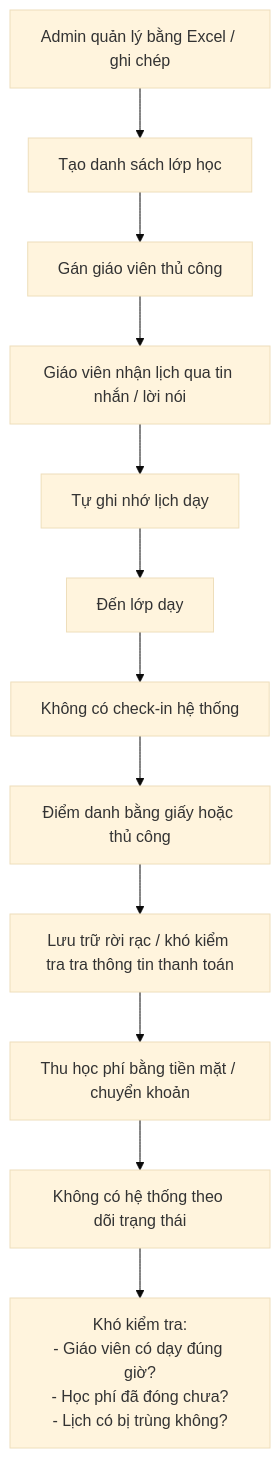
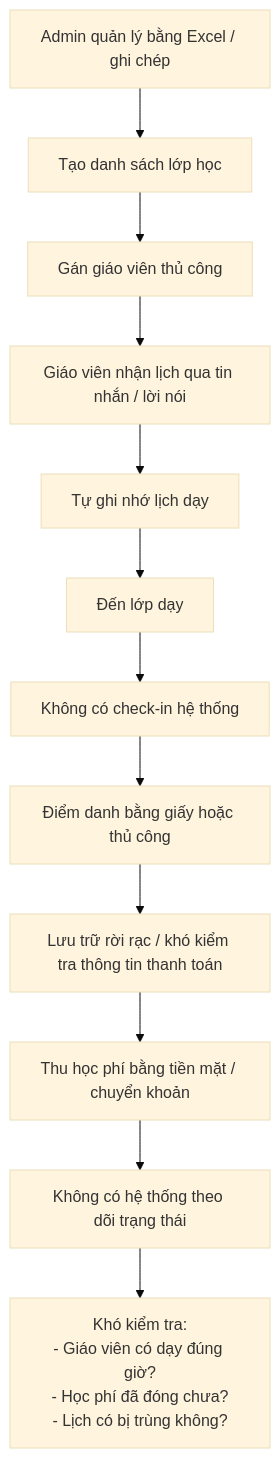
One commit to nguyenkhanhpro/tutoro changed the first of 2 diagrams in docx/BRD.md. Above: the diagram before and after it, drawn with Mermaid (base theme). The commit also changed other lines of this file, not shown here.

````diff
--- a/docx/BRD.md
+++ b/docx/BRD.md
@@ -98,14 +98,14 @@
 ```mermaid
 flowchart TD
     A["Admin quản lý bằng Excel / ghi chép"] --> B["Tạo danh sách lớp học"]
     B --> C["Gán giáo viên thủ công"]
     C --> D["Giáo viên nhận lịch qua tin nhắn / lời nói"]
     D --> E["Tự ghi nhớ lịch dạy"]
     E --> F["Đến lớp dạy"]
     F --> G["Không có check-in hệ thống"]
     G --> H["Điểm danh bằng giấy hoặc thủ công"]
-    H --> I["Lưu trữ rời rạc / khó kiểm tra tra thông tin thanh toán"]
+    H --> I["Lưu trữ rời rạc / khó kiểm tra thông tin thanh toán"]
     I --> J["Thu học phí bằng tiền mặt / chuyển khoản"]
     J --> K["Không có hệ thống theo dõi trạng thái"]
     K --> L["Khó kiểm tra:\n- Giáo viên có dạy đúng giờ?\n- Học phí đã đóng chưa?\n- Lịch có bị trùng không?"]
 ```
````
